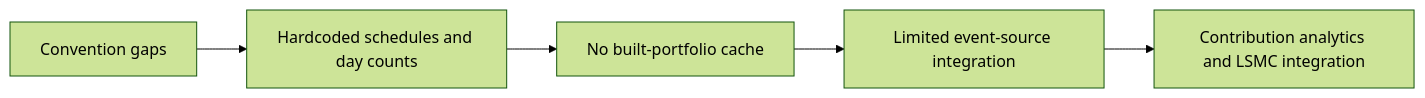
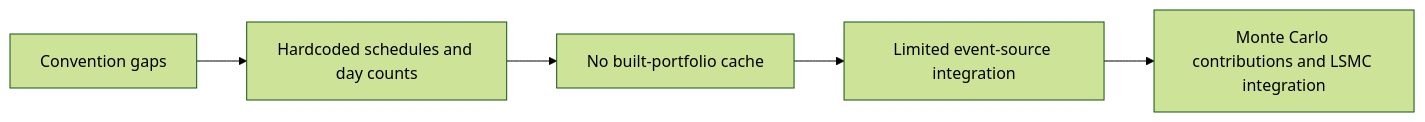
The third of 3 diagrams in docs/architecture/ARCHITECTURE.md (b-io/quant-risk-platform), drawn with Mermaid (forest theme) before and after one commit. The commit also changed other lines of this file and 25 other files, not shown here.

First line of the commit message:
feat(risk): add historical VaR contribution analytics

````diff
--- a/docs/architecture/ARCHITECTURE.md
+++ b/docs/architecture/ARCHITECTURE.md
@@ -253,7 +253,7 @@
 ```mermaid
 flowchart LR
     A[Convention gaps] --> B[Hardcoded schedules and day counts]
     B --> C[No built-portfolio cache]
     C --> D[Limited event-source integration]
-    D --> E[Contribution analytics and LSMC integration]
+    D --> E[Monte Carlo contributions and LSMC integration]
 ```
````
